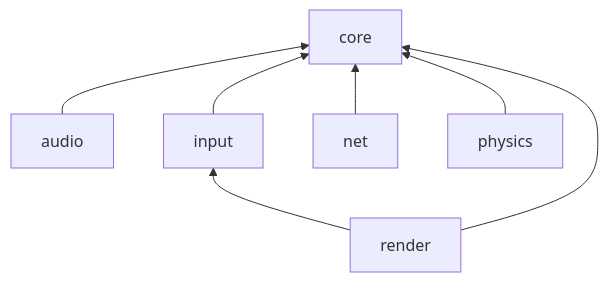
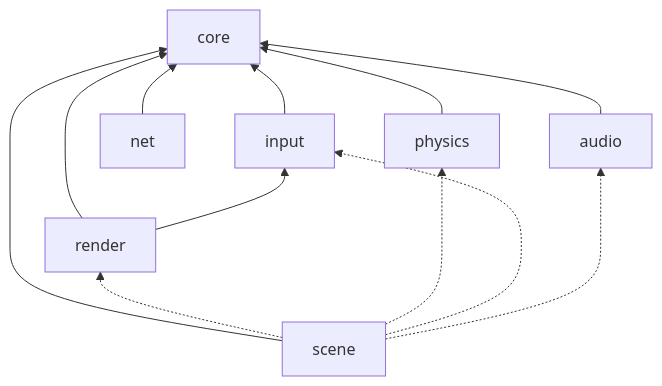
Before and after one commit to Boz0o0/Ampersand-Engine: the diagram in docs/mkdocs/architecture/index.md, drawn with Mermaid. The commit also changed other lines of this file and 15 other files, not shown here.

````diff
--- a/docs/mkdocs/architecture/index.md
+++ b/docs/mkdocs/architecture/index.md
@@ -29,9 +30,14 @@
 ```mermaid
 graph BT
     audio[audio] --> core[core]
     input[input] --> core
     net[net] --> core
     physics[physics] --> core
     render[render] --> core
     render --> input
+    scene[scene] --> core
+    scene -.-> render
+    scene -.-> physics
+    scene -.-> input
+    scene -.-> audio
 ```
````
